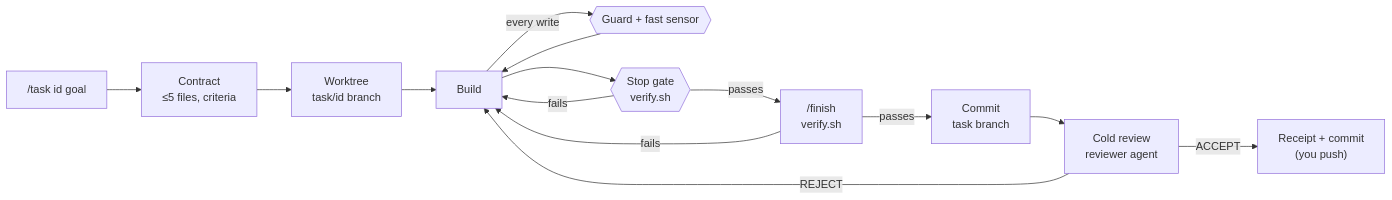
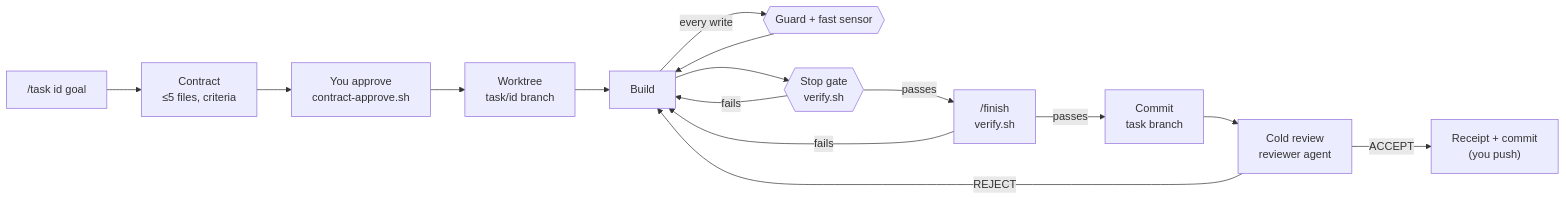
Before and after one commit to Hephest/coding-harness-boilerplate: the diagram in README.md, drawn with Mermaid. The commit also changed other lines of this file and 4 other files, not shown here.

````diff
--- a/README.md
+++ b/README.md
@@ -50,16 +53,17 @@
 ```mermaid
 flowchart LR
     A["/task id goal"] --> B["Contract<br/>≤5 files, criteria"]
-    B --> C["Worktree<br/>task/id branch"]
+    B --> Y["You approve<br/>contract-approve.sh"]
+    Y --> C["Worktree<br/>task/id branch"]
     C --> D["Build"]
     D -- every write --> G{{"Guard + fast sensor"}}
     G --> D
     D --> S{{"Stop gate<br/>verify.sh"}}
     S -- fails --> D
     S -- passes --> F["/finish<br/>verify.sh"]
     F -- fails --> D
     F -- passes --> K["Commit<br/>task branch"]
     K --> R["Cold review<br/>reviewer agent"]
     R -- REJECT --> D
     R -- ACCEPT --> P["Receipt + commit<br/>(you push)"]
 ```
````
